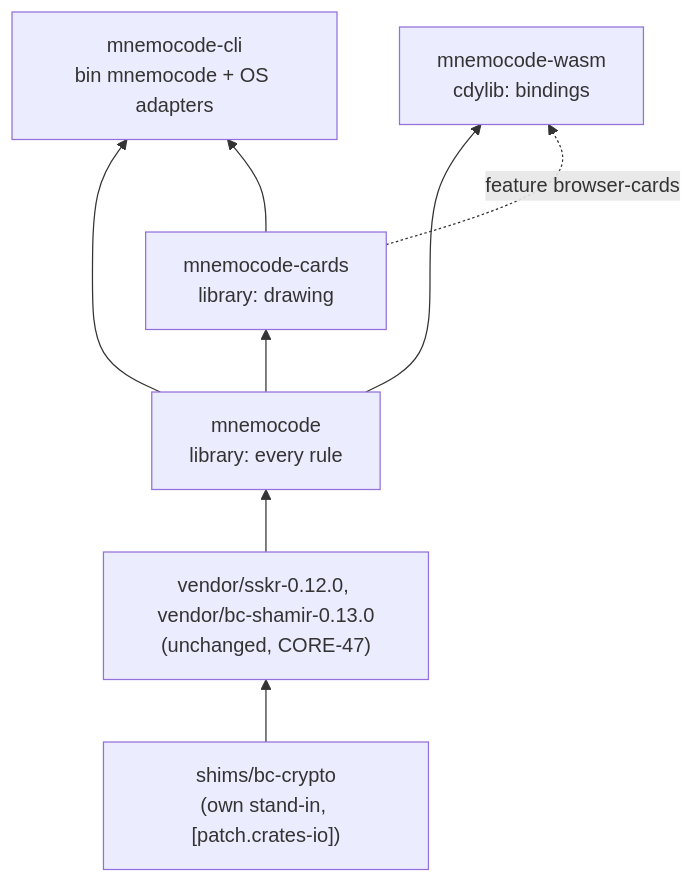
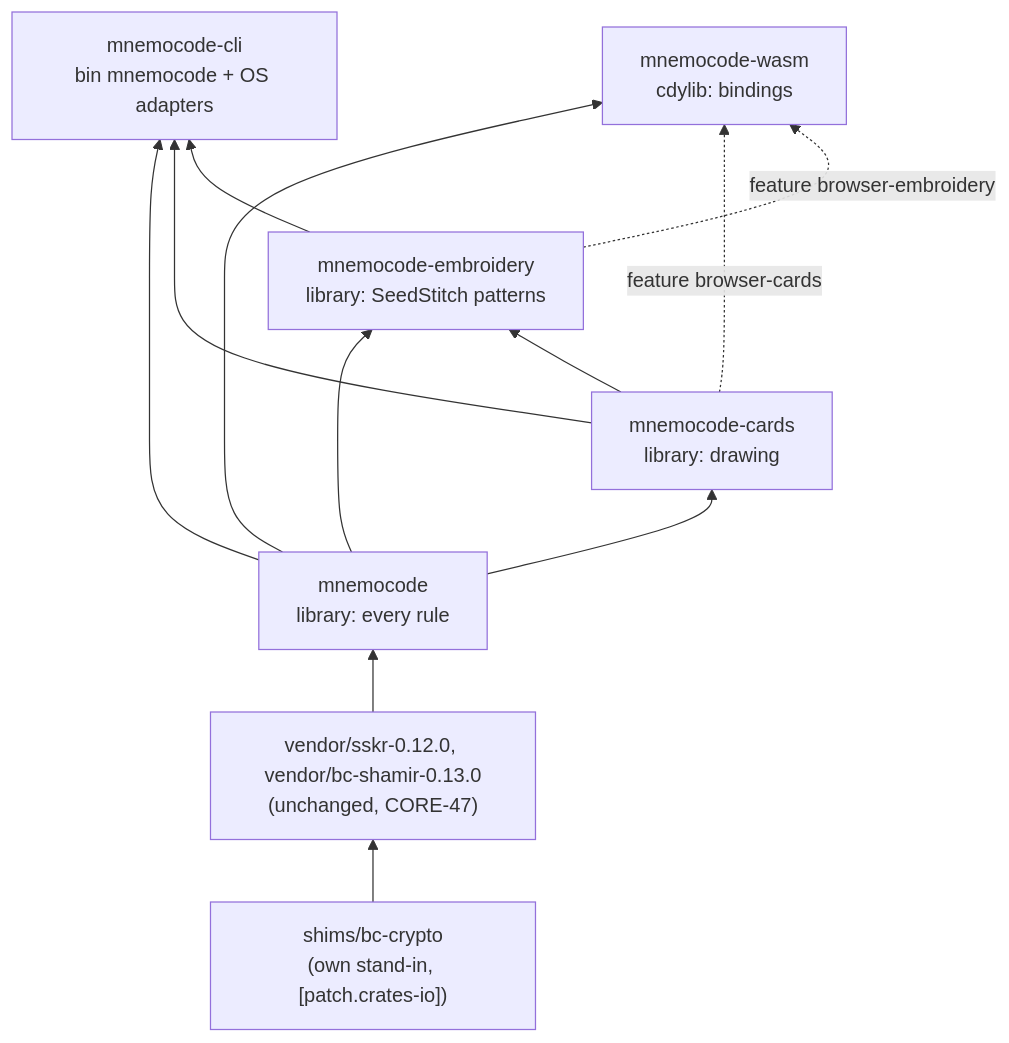
Before and after one commit to hobby-eng/mnemocode: the second of 3 diagrams in docs/design/architect/ARCHITECTURE.md, drawn with Mermaid. The commit also changed other lines of this file and 58 other files, not shown here.

````diff
--- a/docs/design/architect/ARCHITECTURE.md
+++ b/docs/design/architect/ARCHITECTURE.md
@@ -46,14 +46,19 @@
 ```mermaid
 flowchart BT
   shim["shims/bc-crypto<br/>(own stand-in, [patch.crates-io])"]
   vendor["vendor/sskr-0.12.0, vendor/bc-shamir-0.13.0<br/>(unchanged, CORE-47)"]
   lib["mnemocode<br/>library: every rule"]
   cards["mnemocode-cards<br/>library: drawing"]
+  stitch["mnemocode-embroidery<br/>library: SeedStitch patterns"]
   cli["mnemocode-cli<br/>bin mnemocode + OS adapters"]
   wasm["mnemocode-wasm<br/>cdylib: bindings"]
   shim --> vendor --> lib --> cards
+  lib --> stitch
+  cards --> stitch
   lib --> cli
   cards --> cli
+  stitch --> cli
   lib --> wasm
   cards -. feature browser-cards .-> wasm
+  stitch -. feature browser-embroidery .-> wasm
 ```
````
